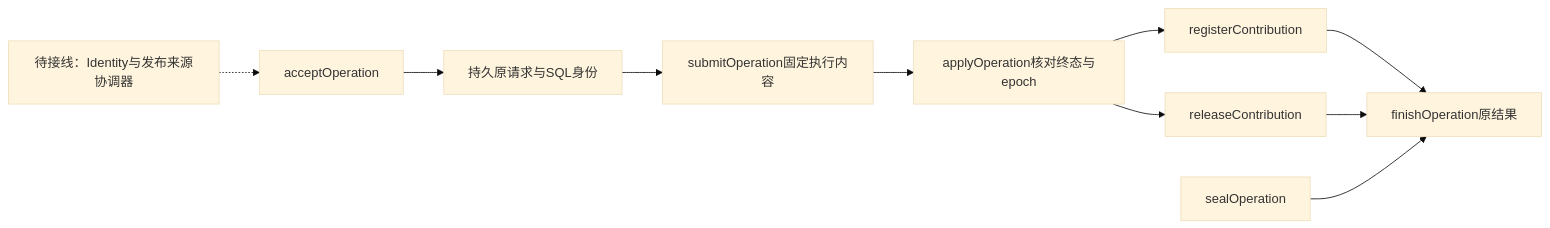
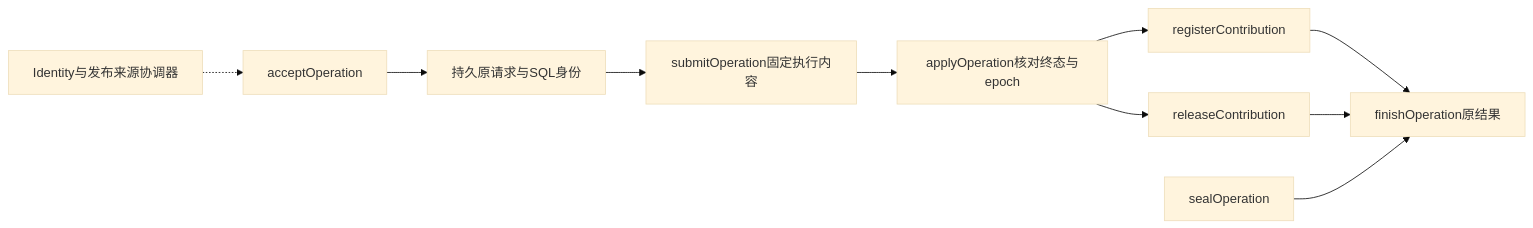
Before and after one commit to nemori-ai/omne-harness-lite: the eighth of 21 diagrams in packages/governance/governance-local/docs/architecture.md, drawn with Mermaid (base theme). The commit also changed other lines of this file and 223 other files, not shown here.

````diff
--- a/packages/governance/governance-local/docs/architecture.md
+++ b/packages/governance/governance-local/docs/architecture.md
@@ -126,12 +176,12 @@
 ```mermaid
 flowchart LR
-  Admission[待接线：Identity与发布来源协调器] -.-> Accept[acceptOperation]
+  Admission[Identity与发布来源协调器] -.-> Accept[acceptOperation]
   Accept --> Saved[持久原请求与SQL身份]
   Saved --> Submit[submitOperation固定执行内容]
   Submit --> Apply[applyOperation核对终态与epoch]
   Apply --> Register[registerContribution]
   Apply --> Withdraw[releaseContribution]
   Register --> Finish[finishOperation原结果]
   Withdraw --> Finish
   Seal[sealOperation] --> Finish
 ```
````
